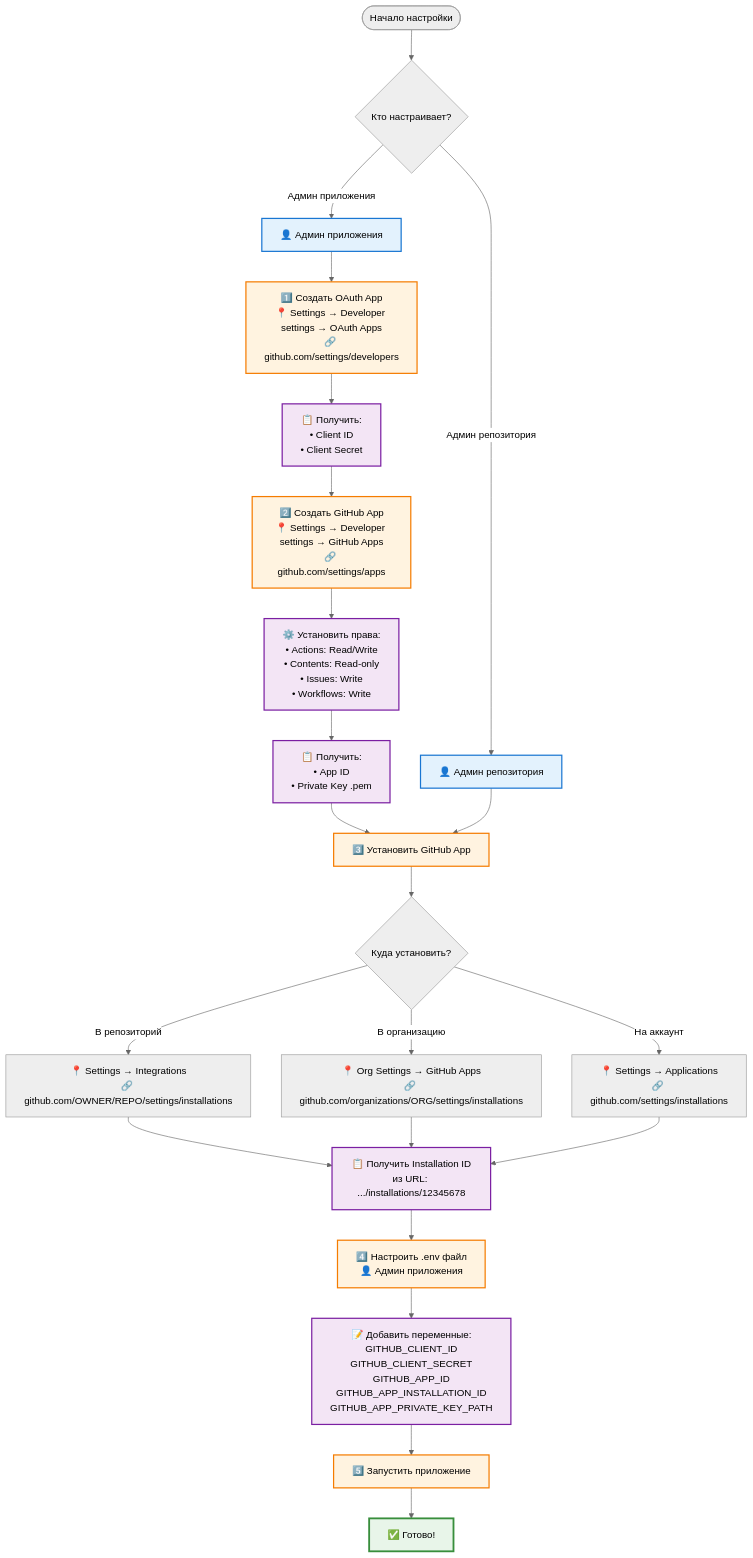
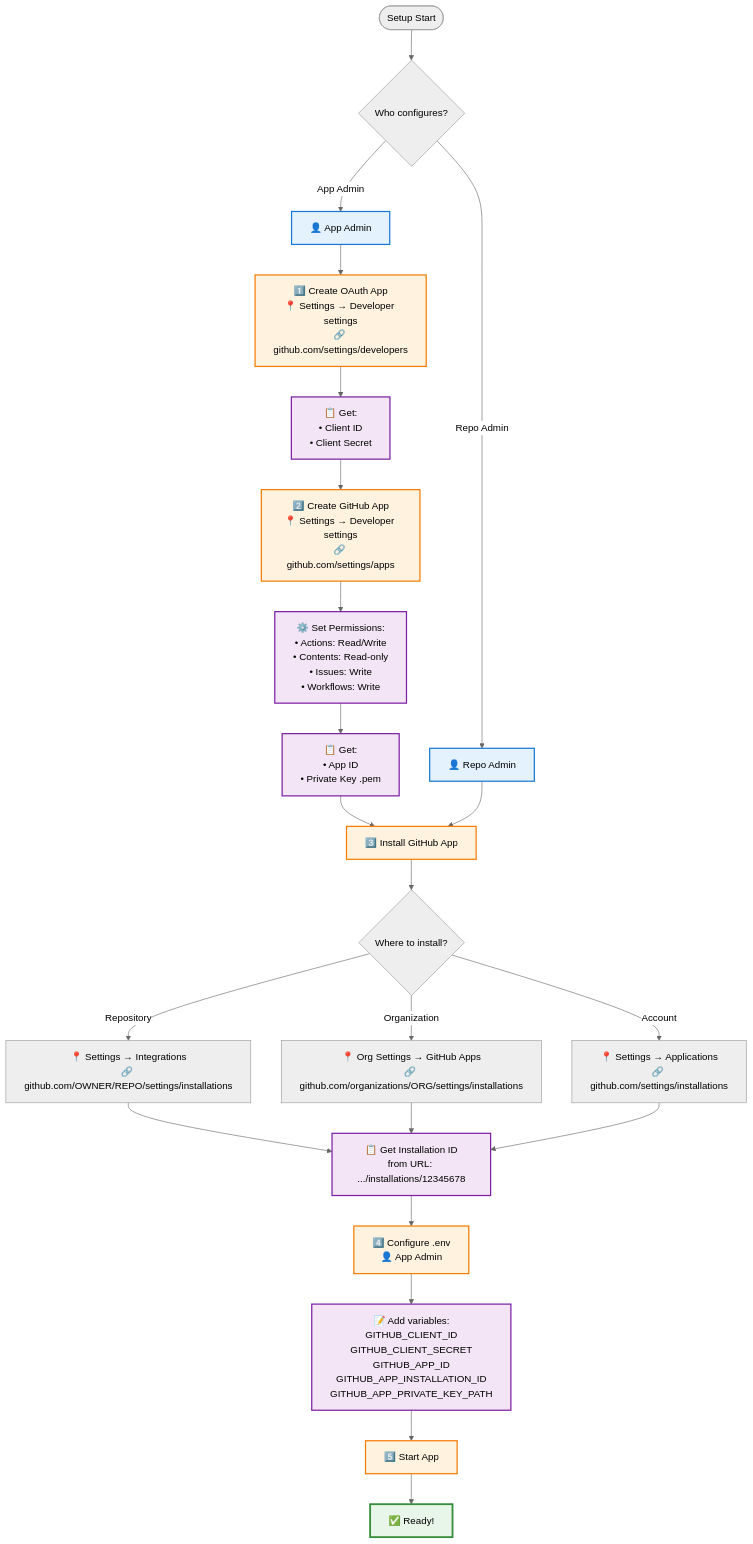
Before and after one commit to ydb-platform/github_action_executor: the third of 3 diagrams in README.md, drawn with Mermaid (neutral theme). The commit also changed other lines of this file and 3 other files, not shown here.

First line of the commit message:
Enhance GitHub OAuth handling and logging

````diff
--- a/README.md
+++ b/README.md
@@ -160,42 +159,42 @@
 ```mermaid
 flowchart TD
-    Start([Начало настройки]) --> Who{Кто настраивает?}
+    Start([Setup Start]) --> Who{Who configures?}
     
-    Who -->|Админ приложения| AdminApp[👤 Админ приложения]
-    Who -->|Админ репозитория| AdminRepo[👤 Админ репозитория]
+    Who -->|App Admin| AdminApp[👤 App Admin]
+    Who -->|Repo Admin| AdminRepo[👤 Repo Admin]
     
-    AdminApp --> Step1[1️⃣ Создать OAuth App<br/>📍 Settings → Developer settings → OAuth Apps<br/>🔗 github.com/settings/developers]
-    Step1 --> GetOAuth[📋 Получить:<br/>• Client ID<br/>• Client Secret]
+    AdminApp --> Step1[1️⃣ Create OAuth App<br/>📍 Settings → Developer settings<br/>🔗 github.com/settings/developers]
+    Step1 --> GetOAuth[📋 Get:<br/>• Client ID<br/>• Client Secret]
     
-    GetOAuth --> Step2[2️⃣ Создать GitHub App<br/>📍 Settings → Developer settings → GitHub Apps<br/>🔗 github.com/settings/apps]
-    Step2 --> SetPerms[⚙️ Установить права:<br/>• Actions: Read/Write<br/>• Contents: Read-only<br/>• Issues: Write<br/>• Workflows: Write]
-    SetPerms --> GetAppCreds[📋 Получить:<br/>• App ID<br/>• Private Key .pem]
+    GetOAuth --> Step2[2️⃣ Create GitHub App<br/>📍 Settings → Developer settings<br/>🔗 github.com/settings/apps]
+    Step2 --> SetPerms[⚙️ Set Permissions:<br/>• Actions: Read/Write<br/>• Contents: Read-only<br/>• Issues: Write<br/>• Workflows: Write]
+    SetPerms --> GetAppCreds[📋 Get:<br/>• App ID<br/>• Private Key .pem]
     
-    GetAppCreds --> Step3[3️⃣ Установить GitHub App]
+    GetAppCreds --> Step3[3️⃣ Install GitHub App]
     AdminRepo --> Step3
     
-    Step3 --> Choose{Куда установить?}
-    Choose -->|В репозиторий| Repo[📍 Settings → Integrations<br/>🔗 github.com/OWNER/REPO/settings/installations]
-    Choose -->|В организацию| Org[📍 Org Settings → GitHub Apps<br/>🔗 github.com/organizations/ORG/settings/installations]
-    Choose -->|На аккаунт| Account[📍 Settings → Applications<br/>🔗 github.com/settings/installations]
+    Step3 --> Choose{Where to install?}
+    Choose -->|Repository| Repo[📍 Settings → Integrations<br/>🔗 github.com/OWNER/REPO/settings/installations]
+    Choose -->|Organization| Org[📍 Org Settings → GitHub Apps<br/>🔗 github.com/organizations/ORG/settings/installations]
+    Choose -->|Account| Account[📍 Settings → Applications<br/>🔗 github.com/settings/installations]
     
-    Repo --> GetInstallID[📋 Получить Installation ID<br/>из URL: .../installations/12345678]
+    Repo --> GetInstallID[📋 Get Installation ID<br/>from URL: .../installations/12345678]
     Org --> GetInstallID
     Account --> GetInstallID
     
-    GetInstallID --> Step4[4️⃣ Настроить .env файл<br/>👤 Админ приложения]
-    Step4 --> EnvVars[📝 Добавить переменные:<br/>GITHUB_CLIENT_ID<br/>GITHUB_CLIENT_SECRET<br/>GITHUB_APP_ID<br/>GITHUB_APP_INSTALLATION_ID<br/>GITHUB_APP_PRIVATE_KEY_PATH]
+    GetInstallID --> Step4[4️⃣ Configure .env<br/>👤 App Admin]
+    Step4 --> EnvVars[📝 Add variables:<br/>GITHUB_CLIENT_ID<br/>GITHUB_CLIENT_SECRET<br/>GITHUB_APP_ID<br/>GITHUB_APP_INSTALLATION_ID<br/>GITHUB_APP_PRIVATE_KEY_PATH]
     
-    EnvVars --> Step5[5️⃣ Запустить приложение]
-    Step5 --> Ready[✅ Готово!]
+    EnvVars --> Step5[5️⃣ Start App]
+    Step5 --> Ready[✅ Ready!]
     
     classDef admin fill:#e3f2fd,stroke:#1976d2,stroke-width:2px
     classDef step fill:#fff3e0,stroke:#f57c00,stroke-width:2px
     classDef action fill:#f3e5f5,stroke:#7b1fa2,stroke-width:2px
     classDef success fill:#e8f5e9,stroke:#388e3c,stroke-width:3px
     
     class AdminApp,AdminRepo admin
     class Step1,Step2,Step3,Step4,Step5 step
     class GetOAuth,SetPerms,GetAppCreds,GetInstallID,EnvVars action
     class Ready success
 ```
````
